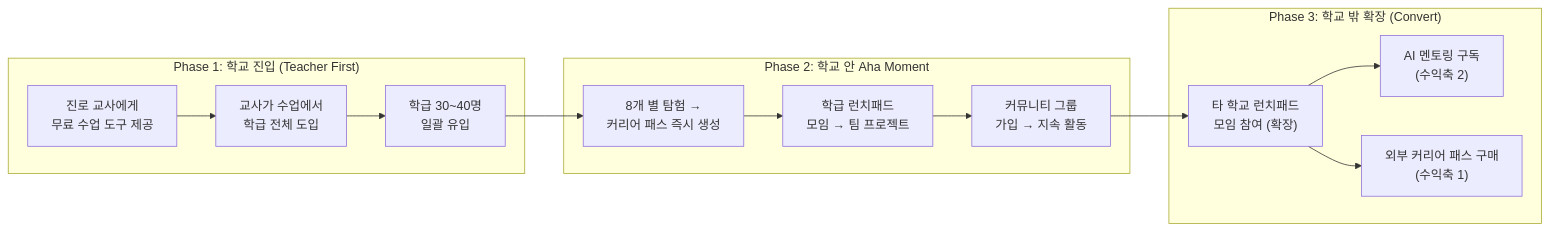
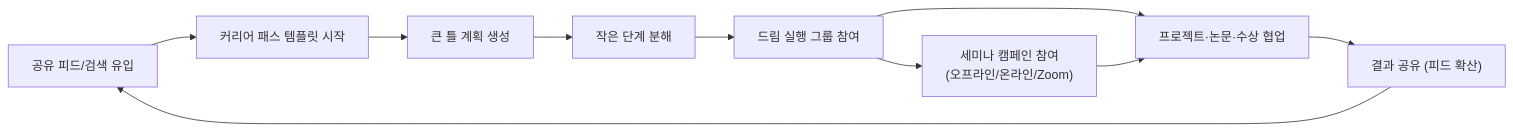
Before and after one commit to Collegenie-X/AI-career-path: the fifth of 6 diagrams in INVESTMENT_PROPOSAL.md, drawn with Mermaid. The commit also changed other lines of this file and 3 other files, not shown here.

````diff
--- a/INVESTMENT_PROPOSAL.md
+++ b/INVESTMENT_PROPOSAL.md
@@ -671,20 +592,12 @@
 ```mermaid
 graph LR
-    subgraph "Phase 1: 학교 진입 (Teacher First)"
-        A["진로 교사에게<br/>무료 수업 도구 제공"]
-        A --> B["교사가 수업에서<br/>학급 전체 도입"]
-        B --> C["학급 30~40명<br/>일괄 유입"]
-    end
-
-    subgraph "Phase 2: 학교 안 Aha Moment"
-        C --> D["8개 별 탐험 →<br/>커리어 패스 즉시 생성"]
-        D --> E["학급 런치패드<br/>모임 → 팀 프로젝트"]
-        E --> F["커뮤니티 그룹<br/>가입 → 지속 활동"]
-    end
-
-    subgraph "Phase 3: 학교 밖 확장 (Convert)"
-        F --> G["타 학교 런치패드<br/>모임 참여 (확장)"]
-        G --> H["AI 멘토링 구독<br/>(수익축 2)"]
-        G --> H2["외부 커리어 패스 구매<br/>(수익축 1)"]
-    end
+    A["공유 피드/검색 유입"] --> B["커리어 패스 템플릿 시작"]
+    B --> C["큰 틀 계획 생성"]
+    C --> D["작은 단계 분해"]
+    D --> E["드림 실행 그룹 참여"]
+    E --> F["프로젝트·논문·수상 협업"]
+    F --> G["결과 공유 (피드 확산)"]
+    G --> A
+    E --> H["세미나 캠페인 참여<br/>(오프라인/온라인/Zoom)"]
+    H --> F
 ```
````
